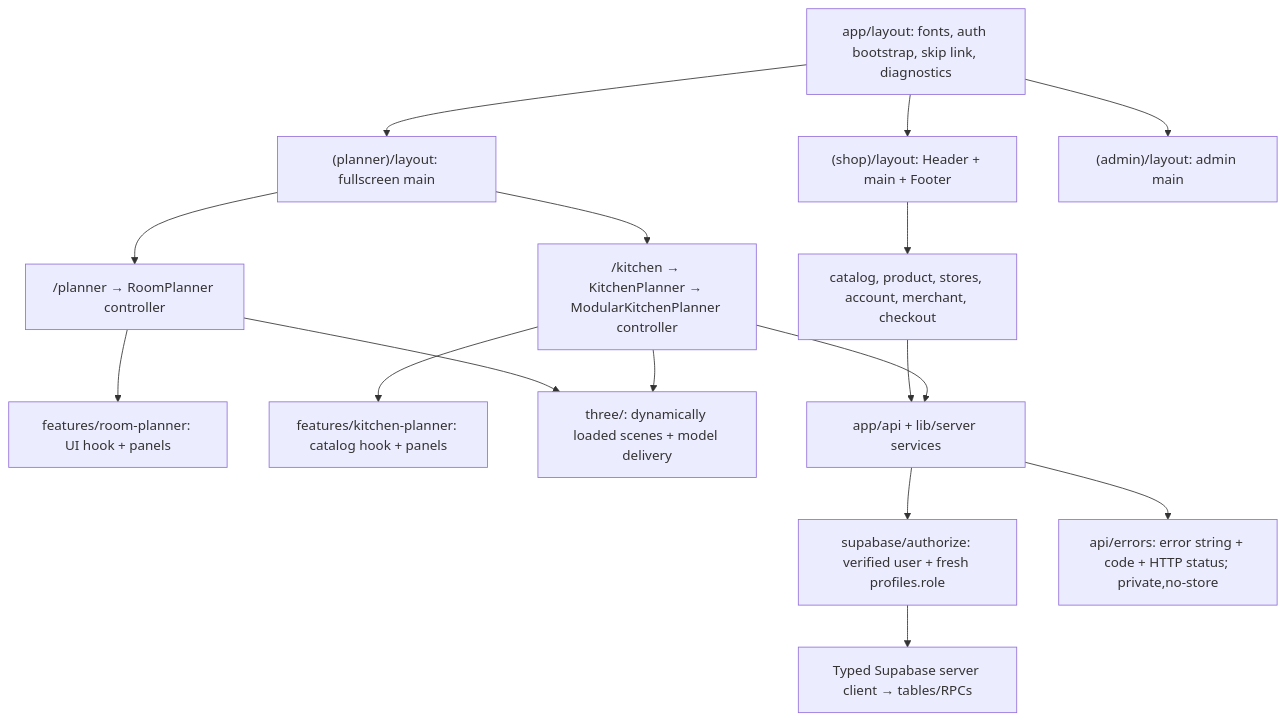
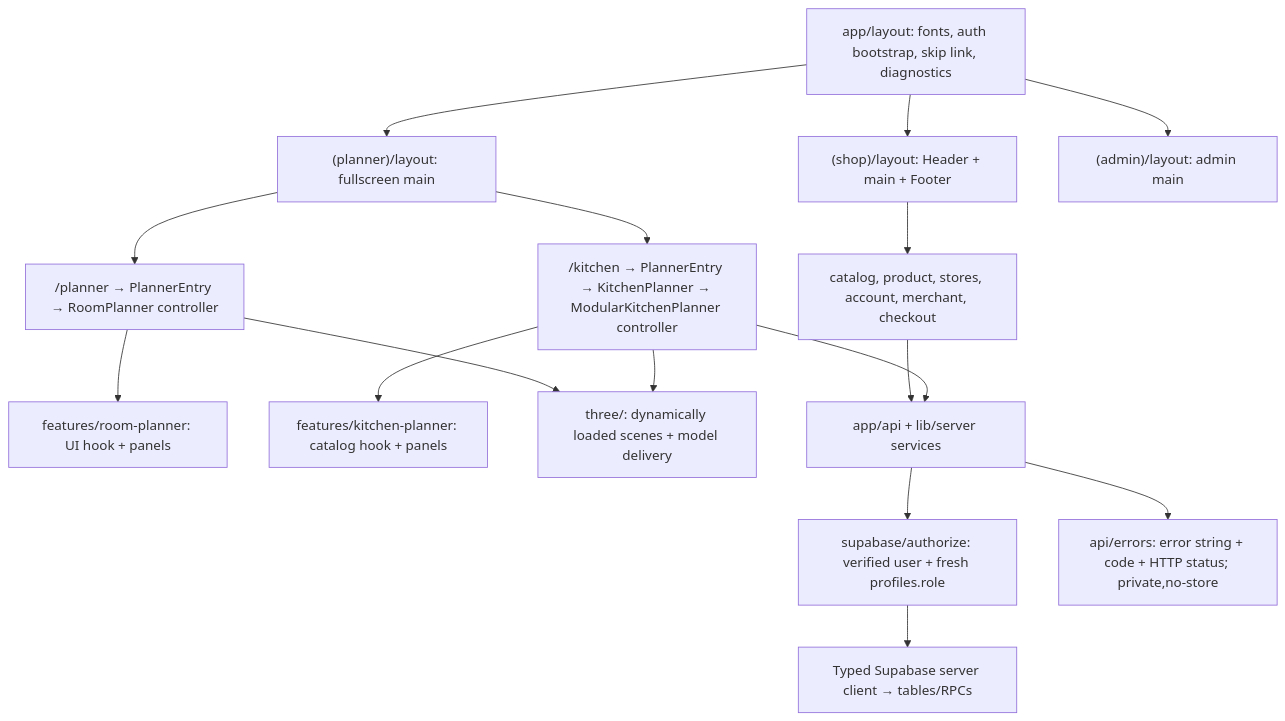
One commit to dagvadrj/tavilgamn changed the diagram in docs/architecture.md. Above: the diagram before and after it, drawn with Mermaid. The commit also changed other lines of this file and 87 other files, not shown here.

````diff
--- a/docs/architecture.md
+++ b/docs/architecture.md
@@ -7,18 +9,18 @@
 ```mermaid
 flowchart TD
   Root["app/layout: fonts, auth bootstrap, skip link, diagnostics"] --> Shop["(shop)/layout: Header + main + Footer"]
   Root --> Planner["(planner)/layout: fullscreen main"]
   Root --> Admin["(admin)/layout: admin main"]
   Shop --> Catalog["catalog, product, stores, account, merchant, checkout"]
-  Planner --> Room["/planner → RoomPlanner controller"]
-  Planner --> Kitchen["/kitchen → KitchenPlanner → ModularKitchenPlanner controller"]
+  Planner --> Room["/planner → PlannerEntry → RoomPlanner controller"]
+  Planner --> Kitchen["/kitchen → PlannerEntry → KitchenPlanner → ModularKitchenPlanner controller"]
   Room --> RoomUI["features/room-planner: UI hook + panels"]
   Kitchen --> KitchenUI["features/kitchen-planner: catalog hook + panels"]
   Room --> Scenes["three/: dynamically loaded scenes + model delivery"]
   Kitchen --> Scenes
   Catalog --> API["app/api + lib/server services"]
   Kitchen --> API
   API --> Guard["supabase/authorize: verified user + fresh profiles.role"]
   Guard --> DB["Typed Supabase server client → tables/RPCs"]
   API --> Errors["api/errors: error string + code + HTTP status; private,no-store"]
 ```
````
